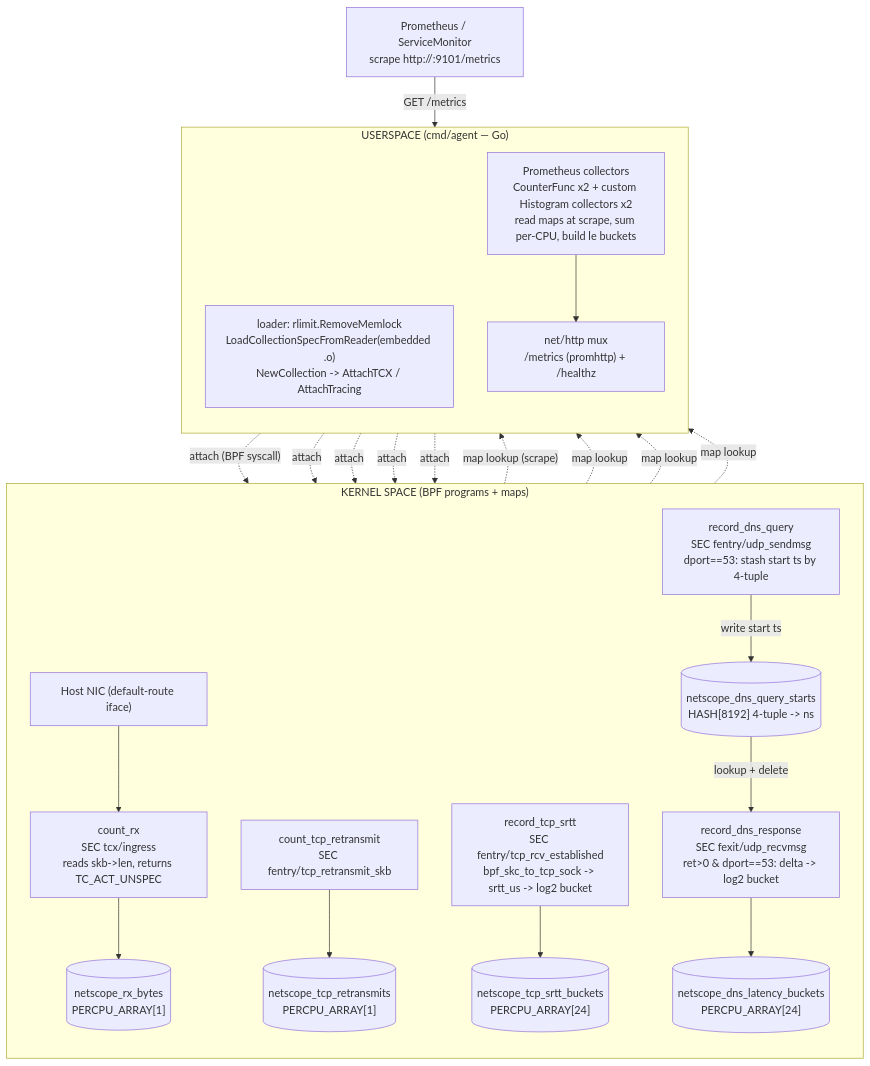
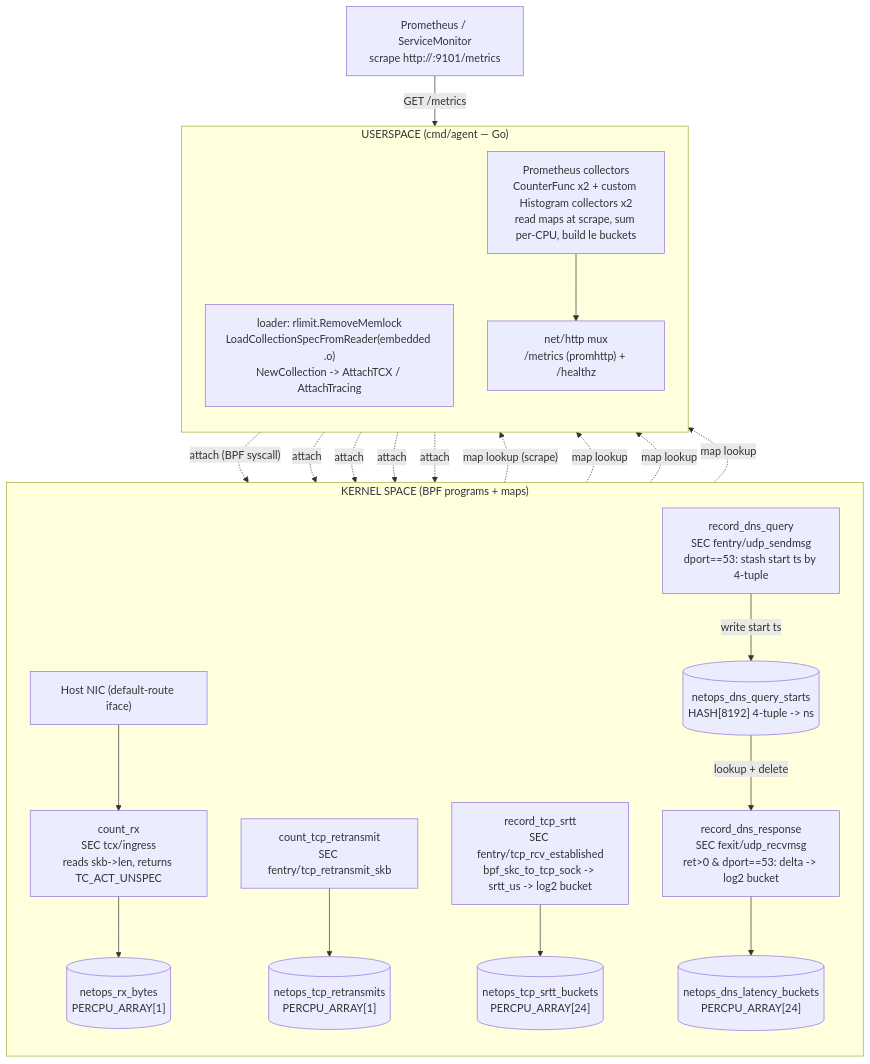
The diagram in docs/index.md (teaglebuilt/netops-agent), drawn with Mermaid before and after one commit.

````diff
--- a/docs/index.md
+++ b/docs/index.md
@@ -3,50 +3,50 @@
 ```mermaid
 flowchart TB
     subgraph kernel["KERNEL SPACE (BPF programs + maps)"]
         direction TB
         nic["Host NIC (default-route iface)"]
         rxprog["count_rx<br/>SEC tcx/ingress<br/>reads skb->len, returns TC_ACT_UNSPEC"]
         retxprog["count_tcp_retransmit<br/>SEC fentry/tcp_retransmit_skb"]
         srttprog["record_tcp_srtt<br/>SEC fentry/tcp_rcv_established<br/>bpf_skc_to_tcp_sock -> srtt_us -> log2 bucket"]
         dnsqprog["record_dns_query<br/>SEC fentry/udp_sendmsg<br/>dport==53: stash start ts by 4-tuple"]
         dnsrprog["record_dns_response<br/>SEC fexit/udp_recvmsg<br/>ret>0 & dport==53: delta -> log2 bucket"]
 
-        rxmap[("netscope_rx_bytes<br/>PERCPU_ARRAY[1]")]
-        retxmap[("netscope_tcp_retransmits<br/>PERCPU_ARRAY[1]")]
-        srttmap[("netscope_tcp_srtt_buckets<br/>PERCPU_ARRAY[24]")]
-        dnsstarts[("netscope_dns_query_starts<br/>HASH[8192] 4-tuple -> ns")]
-        dnsmap[("netscope_dns_latency_buckets<br/>PERCPU_ARRAY[24]")]
+        rxmap[("netops_rx_bytes<br/>PERCPU_ARRAY[1]")]
+        retxmap[("netops_tcp_retransmits<br/>PERCPU_ARRAY[1]")]
+        srttmap[("netops_tcp_srtt_buckets<br/>PERCPU_ARRAY[24]")]
+        dnsstarts[("netops_dns_query_starts<br/>HASH[8192] 4-tuple -> ns")]
+        dnsmap[("netops_dns_latency_buckets<br/>PERCPU_ARRAY[24]")]
 
         nic --> rxprog --> rxmap
         retxprog --> retxmap
         srttprog --> srttmap
         dnsqprog -->|write start ts| dnsstarts
         dnsstarts -->|lookup + delete| dnsrprog
         dnsrprog --> dnsmap
     end
 
     subgraph user["USERSPACE (cmd/agent — Go)"]
         direction TB
         loader["loader: rlimit.RemoveMemlock<br/>LoadCollectionSpecFromReader(embedded .o)<br/>NewCollection -> AttachTCX / AttachTracing"]
         collectors["Prometheus collectors<br/>CounterFunc x2 + custom Histogram collectors x2<br/>read maps at scrape, sum per-CPU, build le buckets"]
         http["net/http mux<br/>/metrics (promhttp) + /healthz"]
     end
 
     scraper["Prometheus / ServiceMonitor<br/>scrape http://:9101/metrics"]
 
     loader -. "attach (BPF syscall)" .-> rxprog
     loader -. attach .-> retxprog
     loader -. attach .-> srttprog
     loader -. attach .-> dnsqprog
     loader -. attach .-> dnsrprog
 
     rxmap -.->|"map lookup (scrape)"| collectors
     retxmap -.->|map lookup| collectors
     srttmap -.->|map lookup| collectors
     dnsmap -.->|map lookup| collectors
 
     collectors --> http
     scraper -->|GET /metrics| http
 
     linkStyle default stroke-width:1px
 ```
````
